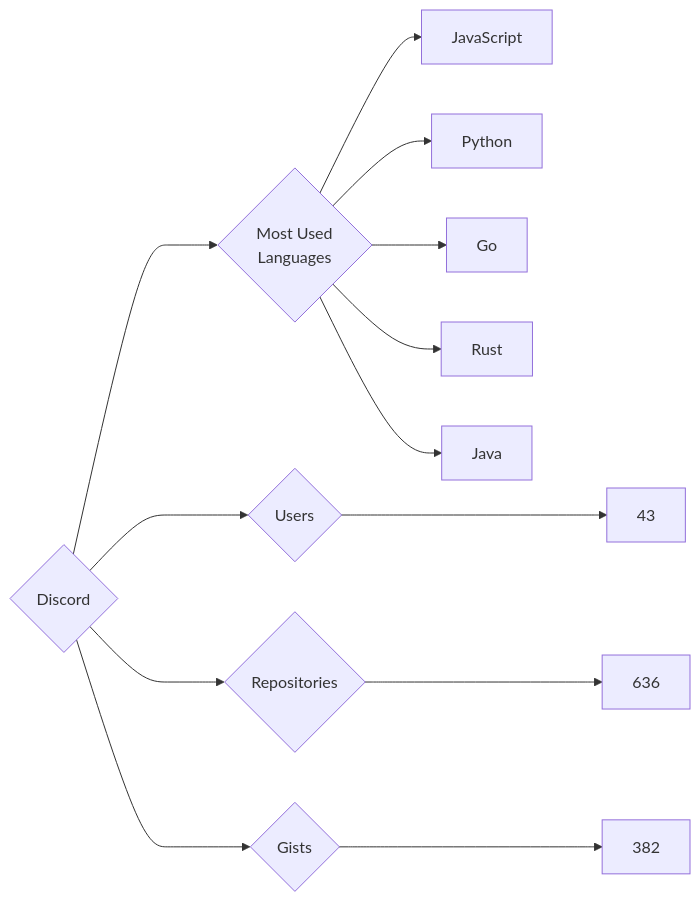
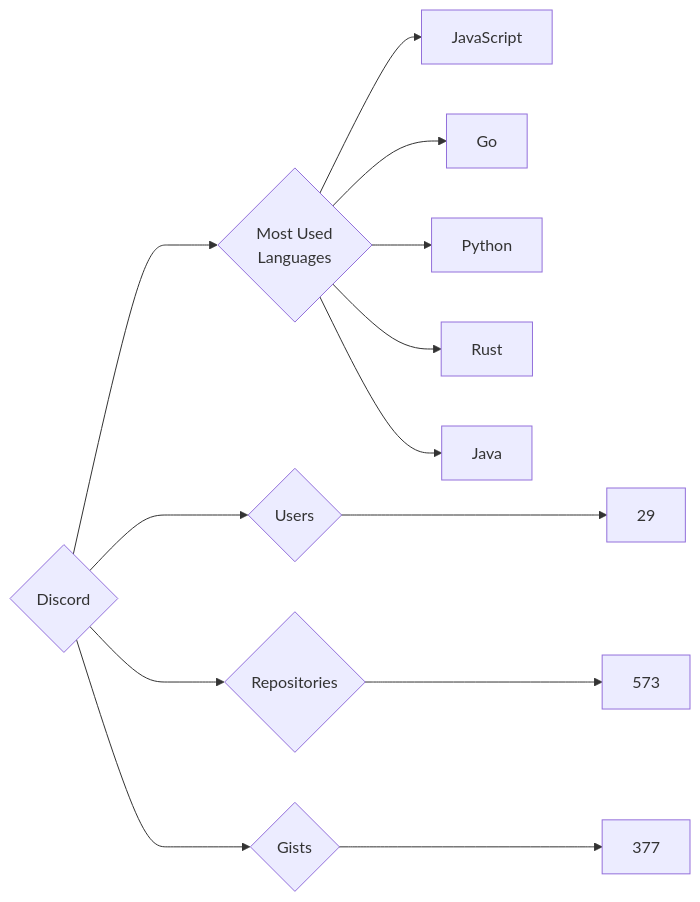
Before and after one commit to trickest/insiders: the diagram in targets/Discord/README.md, drawn with Mermaid. The commit also changed 838 other files, not shown here.

````diff
--- a/targets/Discord/README.md
+++ b/targets/Discord/README.md
@@ -3,13 +3,13 @@
 ```mermaid
 graph LR
 COMPANY_NAME{Discord}
-COMPANY_NAME ---> U{Users} ---> UN[43]
-COMPANY_NAME ---> R{Repositories} ---> RN[636]
-COMPANY_NAME ---> G{Gists} ---> GN[382]
+COMPANY_NAME ---> U{Users} ---> UN[29]
+COMPANY_NAME ---> R{Repositories} ---> RN[573]
+COMPANY_NAME ---> G{Gists} ---> GN[377]
 COMPANY_NAME ---> ML{Most Used<br>Languages}
 ML --> JavaScript[JavaScript]
+ML --> Go[Go]
 ML --> Python[Python]
-ML --> Go[Go]
 ML --> Rust[Rust]
 ML --> Java[Java]
 ```
````
